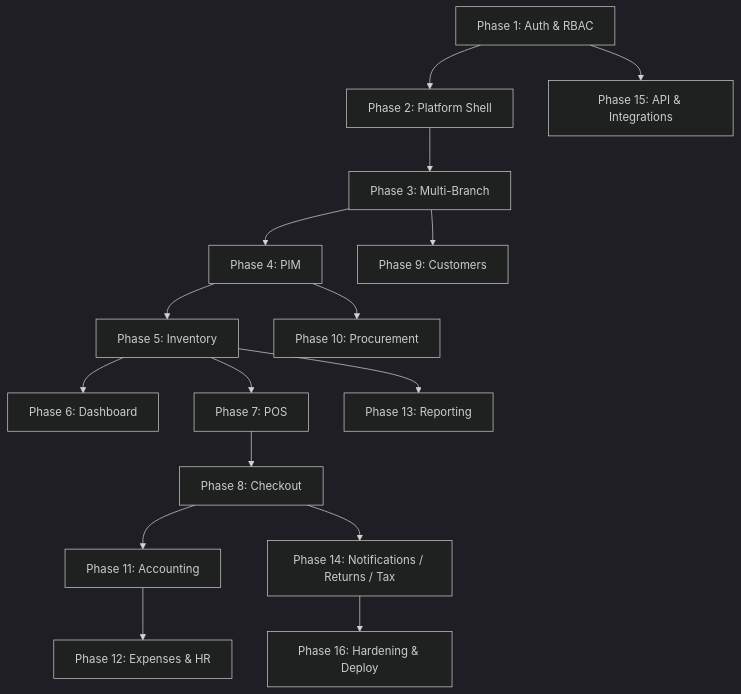
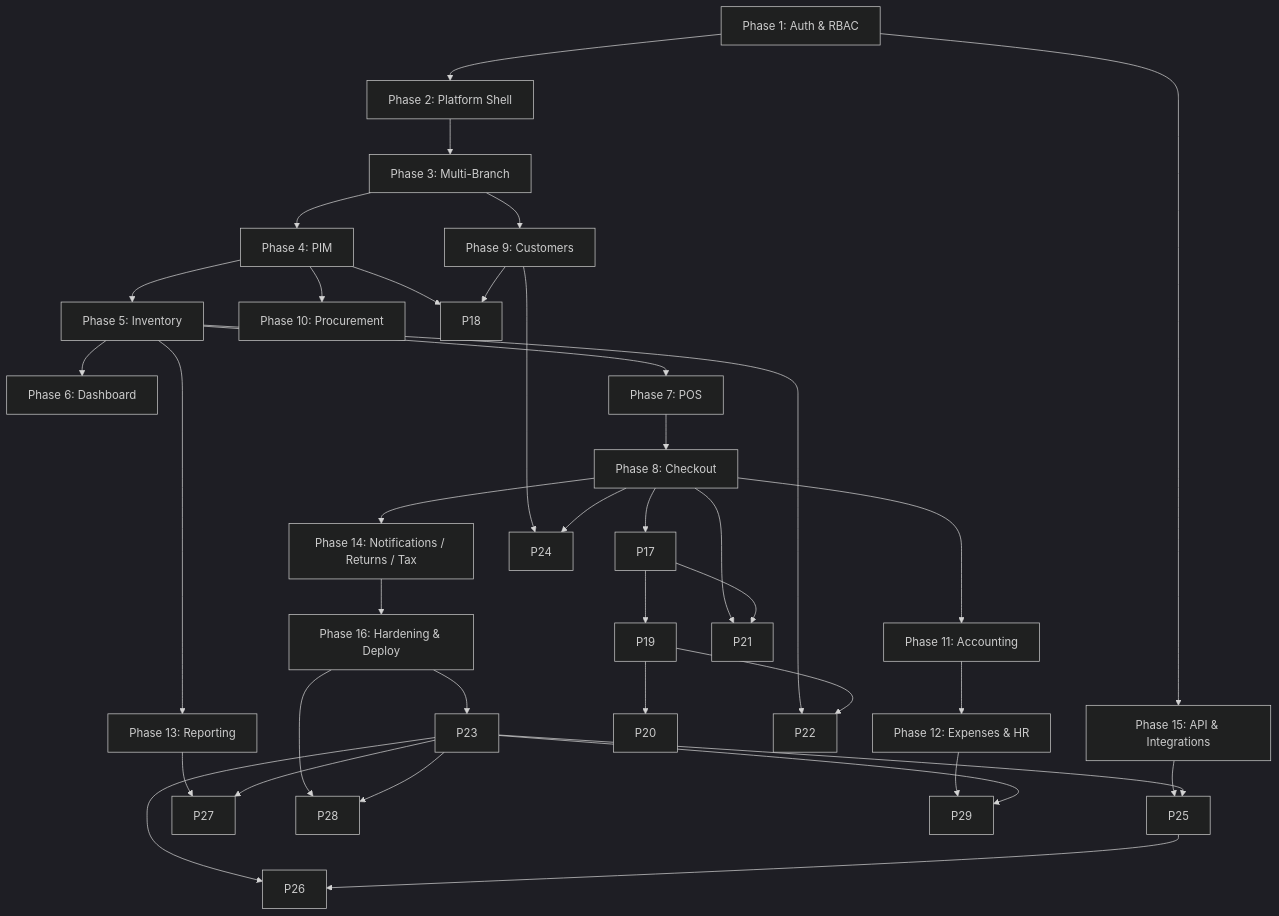
Before and after one commit to Mohammad-Arslan/retailpulse: the diagram in docs/phases/README.md, drawn with Mermaid (dark theme). The commit also changed other lines of this file and 22 other files, not shown here.

````diff
--- a/docs/phases/README.md
+++ b/docs/phases/README.md
@@ -28,35 +41,58 @@
 ```mermaid
 flowchart TD
     P1[Phase 1: Auth & RBAC]
     P2[Phase 2: Platform Shell]
     P3[Phase 3: Multi-Branch]
     P4[Phase 4: PIM]
     P5[Phase 5: Inventory]
     P6[Phase 6: Dashboard]
     P7[Phase 7: POS]
     P8[Phase 8: Checkout]
     P9[Phase 9: Customers]
     P10[Phase 10: Procurement]
     P11[Phase 11: Accounting]
     P12[Phase 12: Expenses & HR]
     P13[Phase 13: Reporting]
     P14[Phase 14: Notifications / Returns / Tax]
     P15[Phase 15: API & Integrations]
     P16[Phase 16: Hardening & Deploy]
 
     P1 --> P2
     P2 --> P3
     P3 --> P4
     P4 --> P5
     P5 --> P6
     P5 --> P7
     P7 --> P8
     P3 --> P9
     P4 --> P10
     P8 --> P11
     P11 --> P12
     P5 --> P13
     P8 --> P14
     P1 --> P15
     P14 --> P16
+
+    P8  --> P17
+    P17 --> P19
+    P4  --> P18
+    P9  --> P18
+    P19 --> P20
+    P5  --> P22
+    P19 --> P22
+    P8  --> P21
+    P17 --> P21
+    P16 --> P23
+    P9  --> P24
+    P8  --> P24
+    P15 --> P25
+    P23 --> P25
+    P23 --> P26
+    P25 --> P26
+    P13 --> P27
+    P23 --> P27
+    P16 --> P28
+    P23 --> P28
+    P12 --> P29
+    P23 --> P29
 ```
````
